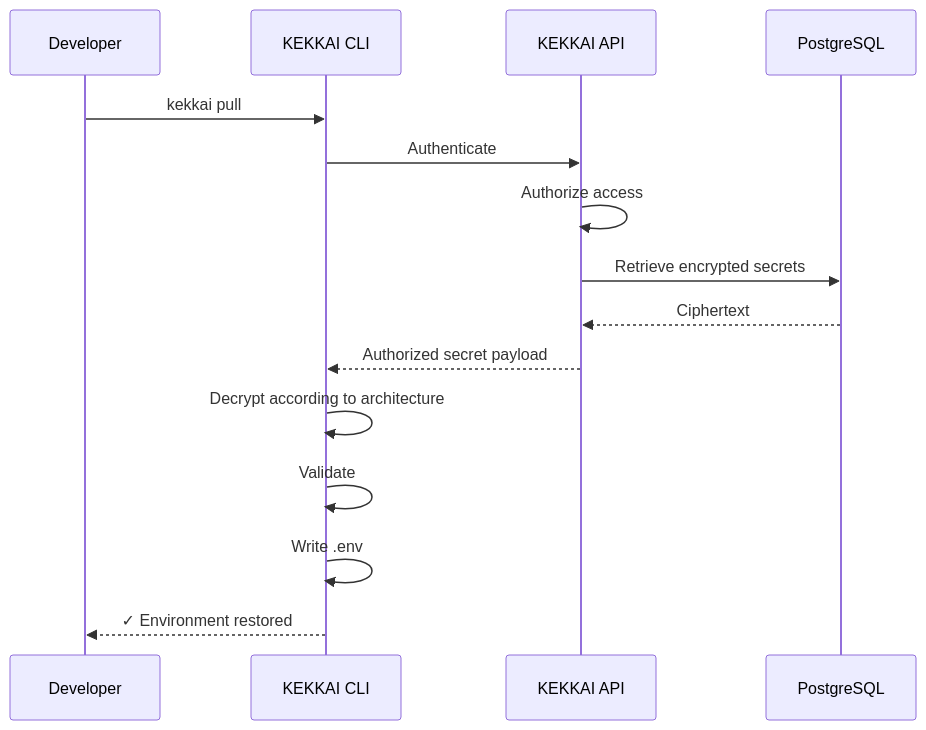
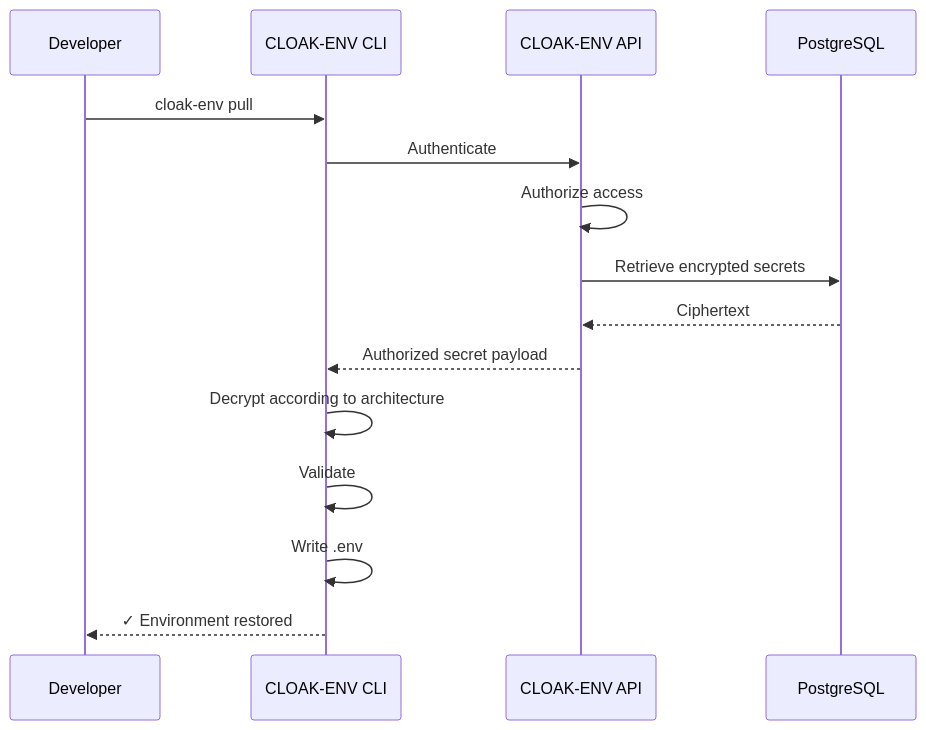
Before and after one commit to aninda8680/Kekkai: the fourth of 8 diagrams in About.md, drawn with Mermaid. The commit also changed other lines of this file and 45 other files, not shown here.

````diff
--- a/About.md
+++ b/About.md
@@ -2729,28 +2729,28 @@
 ```mermaid
 sequenceDiagram
 
     participant DEV as Developer
-    participant CLI as KEKKAI CLI
-    participant API as KEKKAI API
+    participant CLI as CLOAK-ENV CLI
+    participant API as CLOAK-ENV API
     participant DB as PostgreSQL
 
-    DEV->>CLI: kekkai pull
+    DEV->>CLI: cloak-env pull
 
     CLI->>API: Authenticate
 
     API->>API: Authorize access
 
     API->>DB: Retrieve encrypted secrets
 
     DB-->>API: Ciphertext
 
     API-->>CLI: Authorized secret payload
 
     CLI->>CLI: Decrypt according to architecture
 
     CLI->>CLI: Validate
 
     CLI->>CLI: Write .env
 
     CLI-->>DEV: ✓ Environment restored
 ```
````
